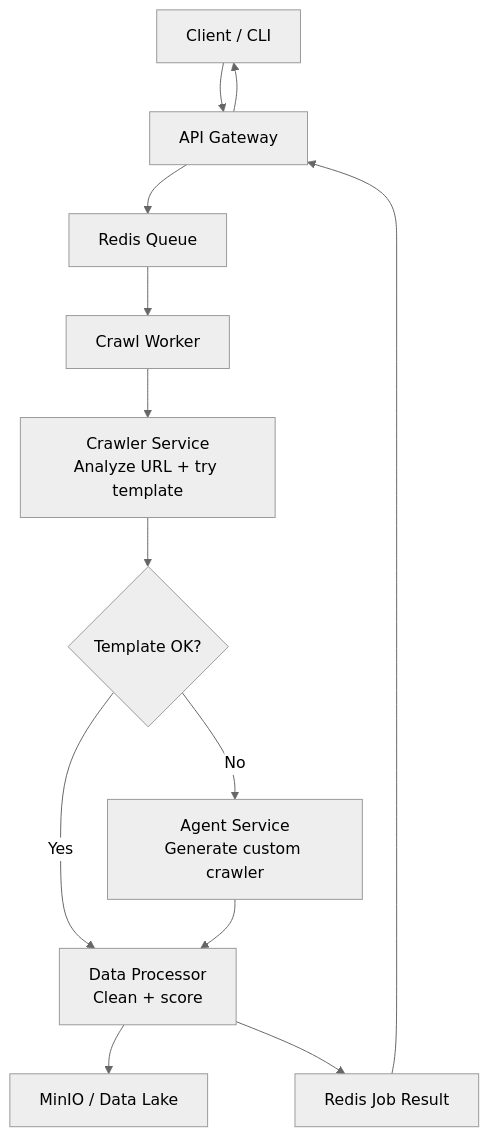
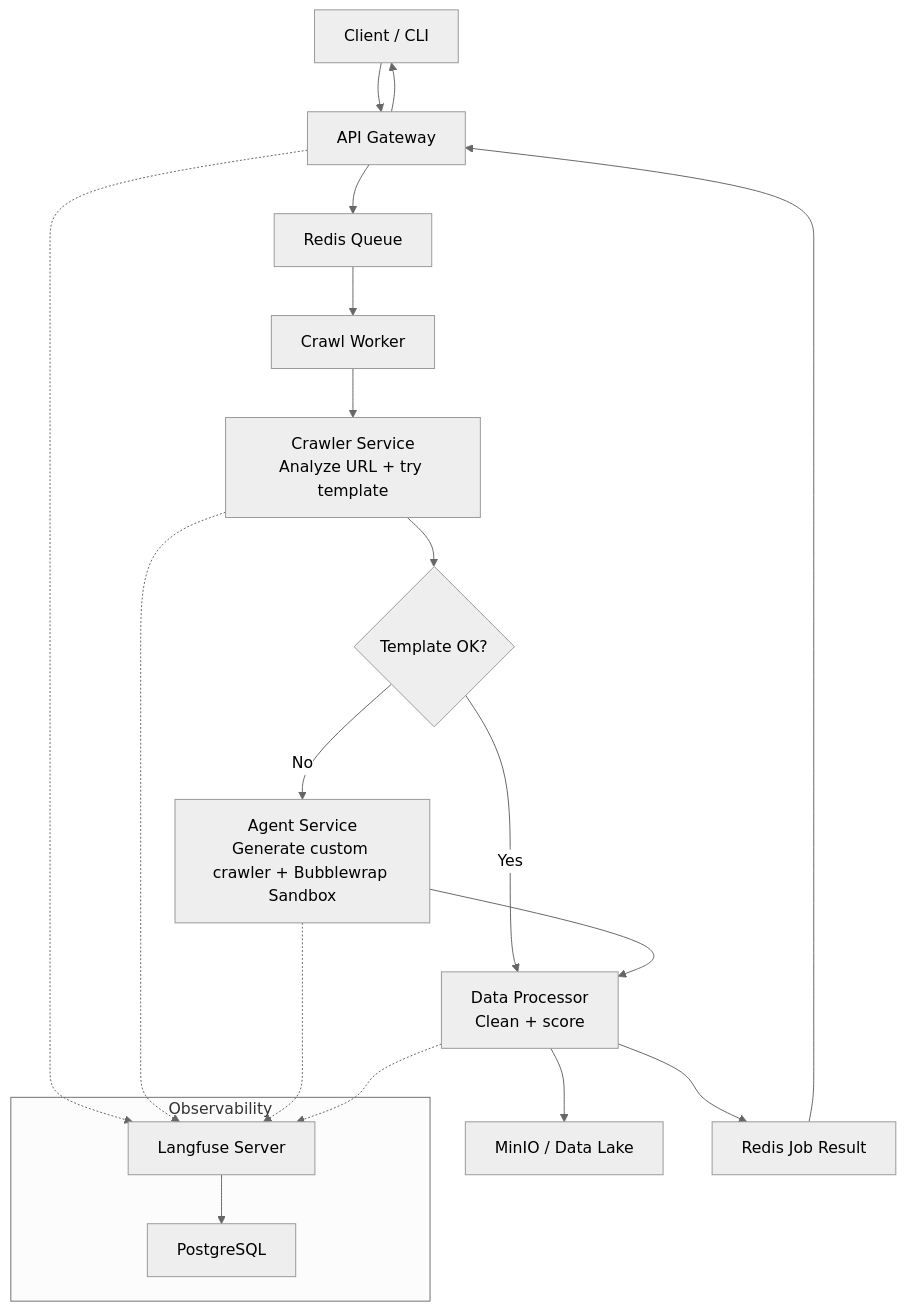
One commit to GiangGG1116/crawler_agent changed the first of 2 diagrams in README.md. Above: the diagram before and after it, drawn with Mermaid (neutral theme). The commit also changed other lines of this file, not shown here.

Commit message:
fix(agent): harden structured output and sandbox runtime

````diff
--- a/README.md
+++ b/README.md
@@ -7,17 +7,26 @@
 ```mermaid
 flowchart TD
     Client["Client / CLI"] --> Gateway["API Gateway"]
     Gateway --> Queue["Redis Queue"]
     Queue --> Worker["Crawl Worker"]
     Worker --> Crawler["Crawler Service<br/>Analyze URL + try template"]
 
     Crawler --> Decision{"Template OK?"}
     Decision -- "Yes" --> Processor["Data Processor<br/>Clean + score"]
-    Decision -- "No" --> Agent["Agent Service<br/>Generate custom crawler"]
+    Decision -- "No" --> Agent["Agent Service<br/>Generate custom crawler + Bubblewrap Sandbox"]
     Agent --> Processor
 
     Processor --> Storage["MinIO / Data Lake"]
     Processor --> Result["Redis Job Result"]
     Result --> Gateway
     Gateway --> Client
+
+    %% Observability
+    subgraph Observability
+        Langfuse["Langfuse Server"] --> DB["PostgreSQL"]
+    end
+    Gateway -.-> Langfuse
+    Crawler -.-> Langfuse
+    Agent -.-> Langfuse
+    Processor -.-> Langfuse
 ```
````
